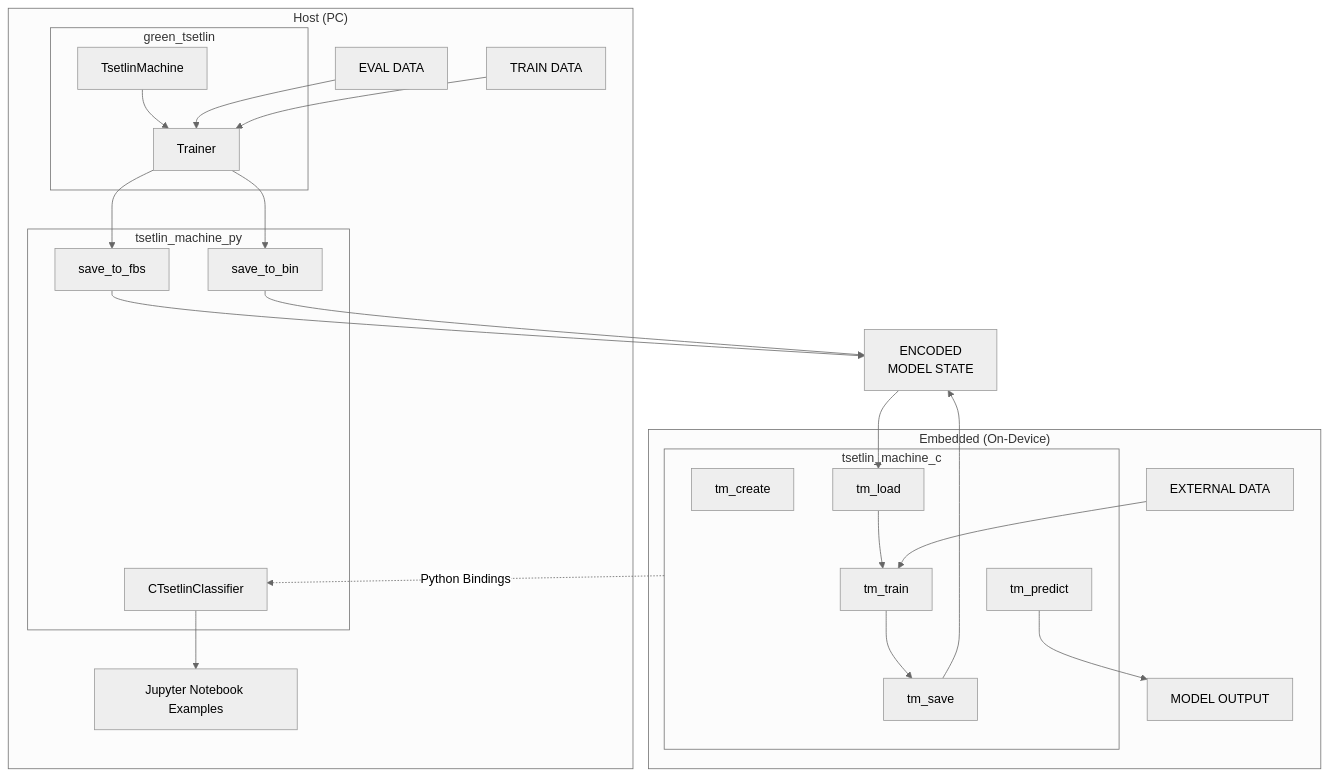
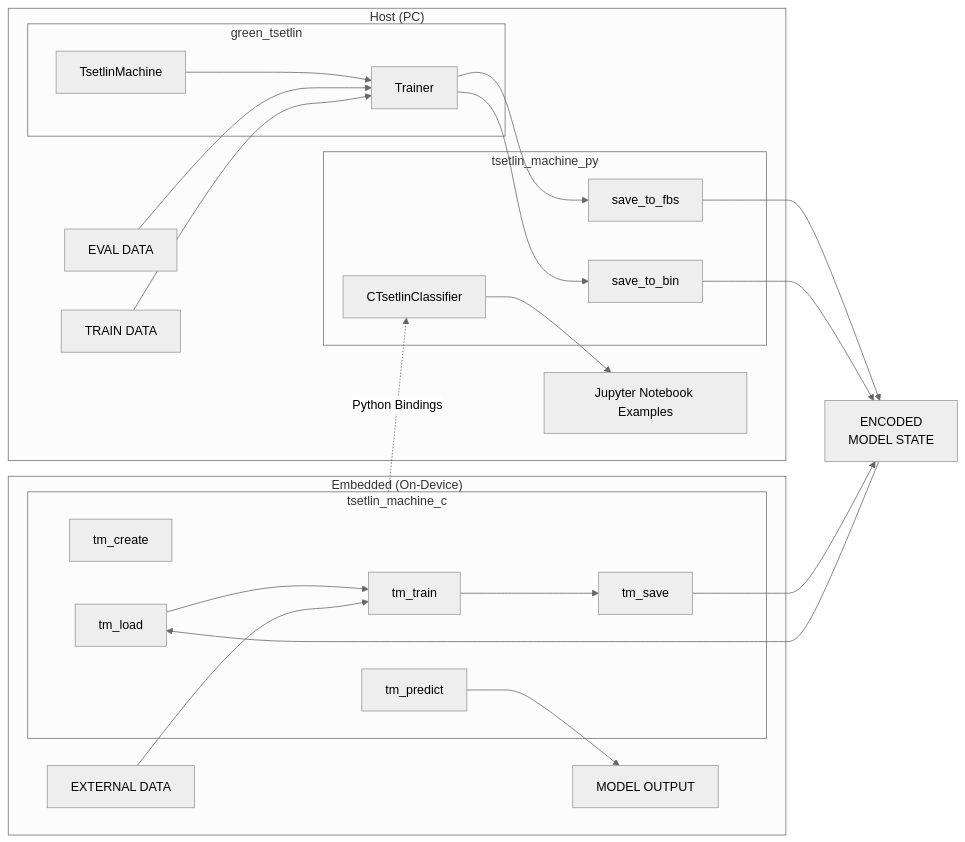
The diagram in README.md (notEloiir/tsetlin_machine_c), drawn with Mermaid (neutral theme) before and after one commit.

Commit message:
update the diagram in README.md

````diff
--- a/README.md
+++ b/README.md
@@ -12,55 +12,55 @@
 ```mermaid
-graph TD
+graph LR
+    %% Embedded Container
+    subgraph embedded ["Embedded (On-Device)"]
+        subgraph tsetlinmachinec ["tsetlin_machine_c"]
+            tmcreate["tm_create"]
+            tmload["tm_load"]
+            tmtrain["tm_train"]
+            tmsave["tm_save"]
+            tmpredict["tm_predict"]
+            
+            %% Vertical linking inside C module
+            tmload --> tmtrain --> tmsave
+        end
+
+        %% Embedded Connections
+        externaldata["EXTERNAL DATA"] --> tmtrain
+        tmpredict --> modeloutput["MODEL OUTPUT"]
+    end
+
+    %% Middle State Node
+    modelstate["ENCODED <br> MODEL STATE"]
+
     %% Host Container
     subgraph host ["Host (PC)"]
         subgraph greentsetlin ["green_tsetlin"]
             tsetlinmachine["TsetlinMachine"] --> trainer["Trainer"]
         end
         
         subgraph tsetlinmachinepy ["tsetlin_machine_py"]
             ctsetlinclassifier["CTsetlinClassifier"]
             savetofbs["save_to_fbs"]
             savetobin["save_to_bin"]
         end
 
         jupyternotebook["Jupyter Notebook Examples"]
 
         %% Host Connections
         evaldata["EVAL DATA"] --> trainer
         traindata["TRAIN DATA"] --> trainer
         
         trainer --> savetofbs
         trainer --> savetobin
         ctsetlinclassifier --> jupyternotebook
     end
 
-    %% Middle State Node
-    modelstate["ENCODED <br> MODEL STATE"]
-
-    %% Embedded Container
-    subgraph embedded ["Embedded (On-Device)"]
-        subgraph tsetlinmachinec ["tsetlin_machine_c"]
-            tmcreate["tm_create"]
-            tmload["tm_load"]
-            tmtrain["tm_train"]
-            tmsave["tm_save"]
-            tmpredict["tm_predict"]
-            
-            %% Vertical linking inside C module
-            tmload --> tmtrain --> tmsave
-        end
-
-        %% Embedded Connections
-        externaldata["EXTERNAL DATA"] --> tmtrain
-        tmpredict --> modeloutput["MODEL OUTPUT"]
-    end
-
     %% Cross-System Connections
     savetofbs --> modelstate
     savetobin --> modelstate
     tmsave --> modelstate
     modelstate --> tmload
 
     %% Python Bindings (Dashed Line)
     tsetlinmachinec -. "Python Bindings" .-> ctsetlinclassifier
 ```
````
